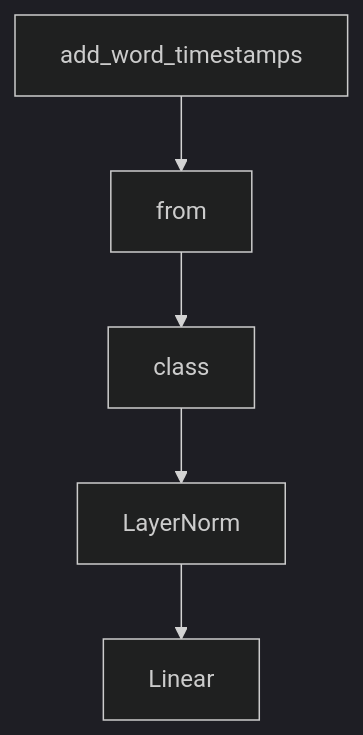
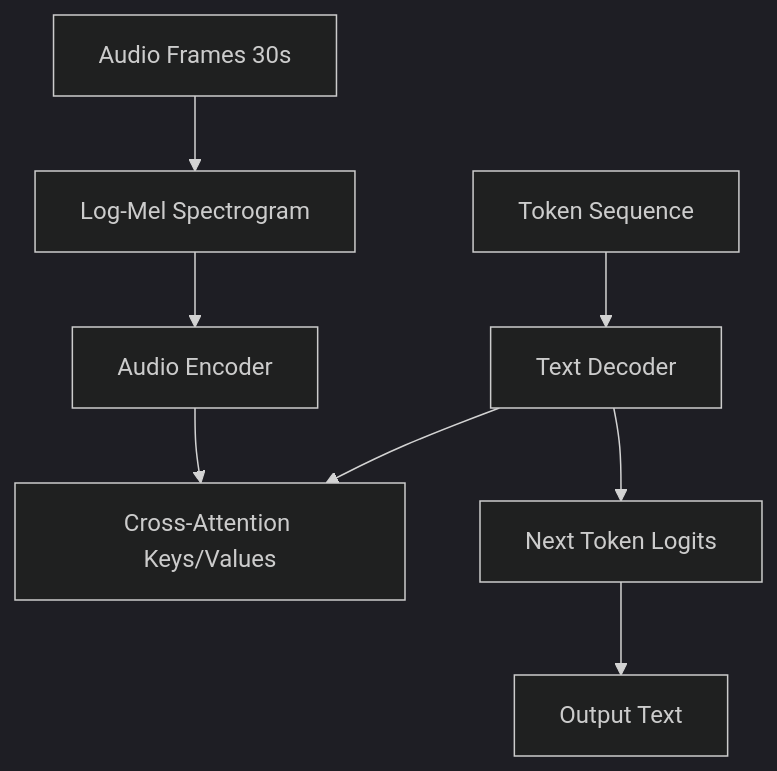
The diagram in tutorials/openai-whisper-tutorial/02-model-architecture.md (johnxie/awesome-code-docs), drawn with Mermaid (dark theme) before and after one commit. The commit also changed other lines of this file and 1232 other files, not shown here.

````diff
--- a/tutorials/openai-whisper-tutorial/02-model-architecture.md
+++ b/tutorials/openai-whisper-tutorial/02-model-architecture.md
@@ -276,12 +128,10 @@
 ```mermaid
 flowchart TD
-    A[add_word_timestamps]
-    B[from]
-    C[class]
-    D[LayerNorm]
-    E[Linear]
-    A --> B
-    B --> C
-    C --> D
-    D --> E
+    A[Audio Frames 30s] --> B[Log-Mel Spectrogram]
+    B --> C[Audio Encoder]
+    C --> D[Cross-Attention Keys/Values]
+    E[Token Sequence] --> F[Text Decoder]
+    F --> D
+    F --> G[Next Token Logits]
+    G --> H[Output Text]
 ```
````
